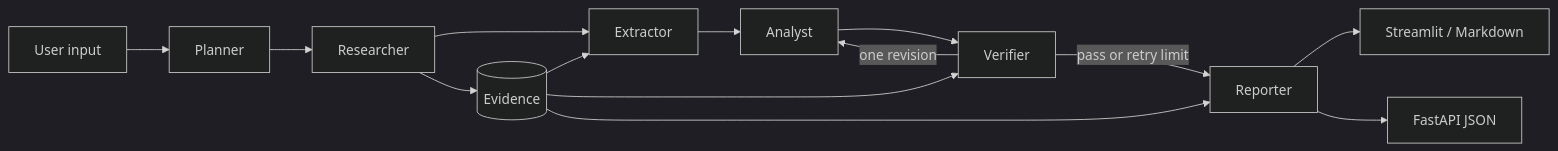
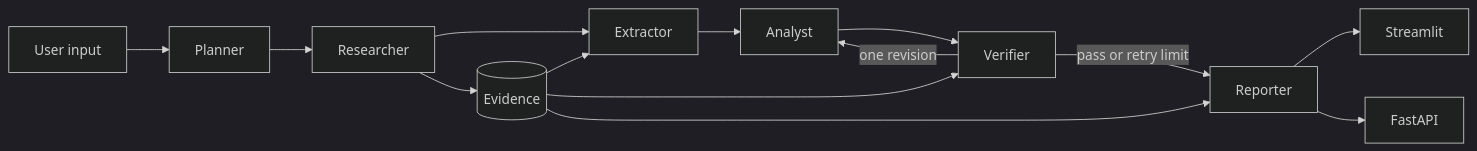
The diagram in README.md (kublesd/competitive_analysis_agent), drawn with Mermaid (dark theme) before and after one commit. The commit also changed other lines of this file, not shown here.

````diff
--- a/README.md
+++ b/README.md
@@ -10,17 +24,16 @@
 ```mermaid
 flowchart LR
     U[User input] --> P[Planner]
     P --> R[Researcher]
     R --> E[Extractor]
     E --> A[Analyst]
     A --> V[Verifier]
     V -->|pass or retry limit| RP[Reporter]
     V -->|one revision| A
-    RP --> UI[Streamlit / Markdown]
-    RP --> API[FastAPI JSON]
-
+    RP --> UI[Streamlit]
+    RP --> API[FastAPI]
     R --> EV[(Evidence)]
     EV --> E
     EV --> V
     EV --> RP
 ```
````
